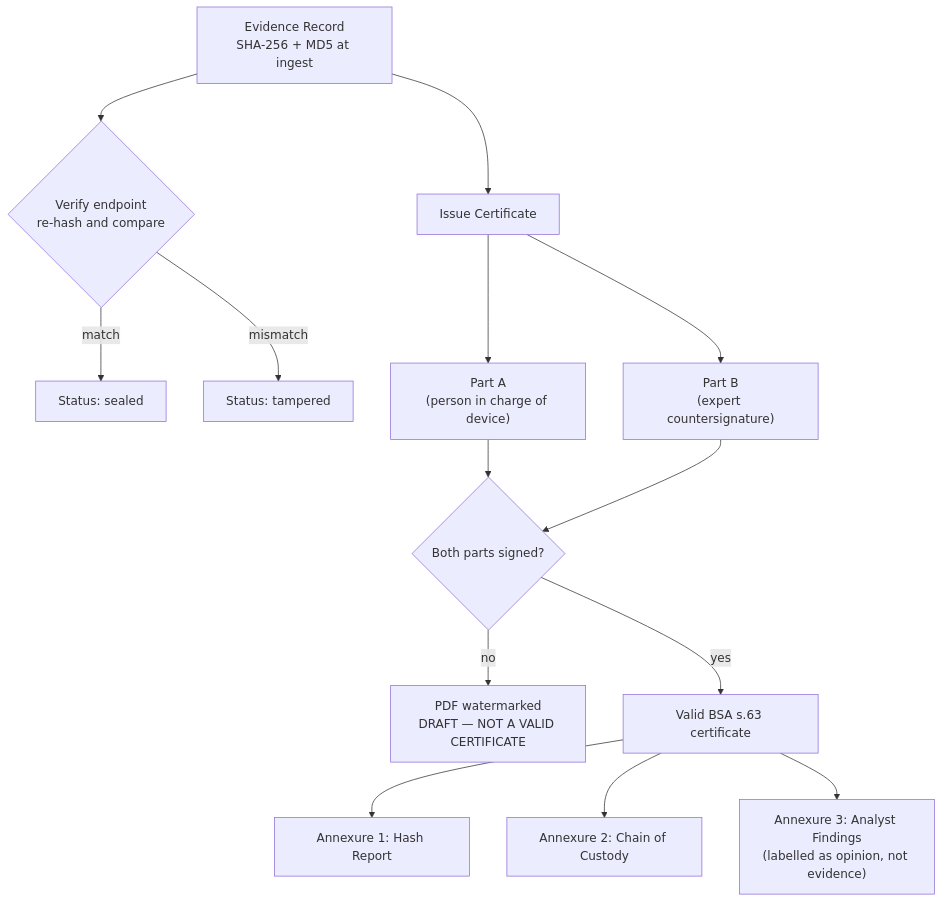
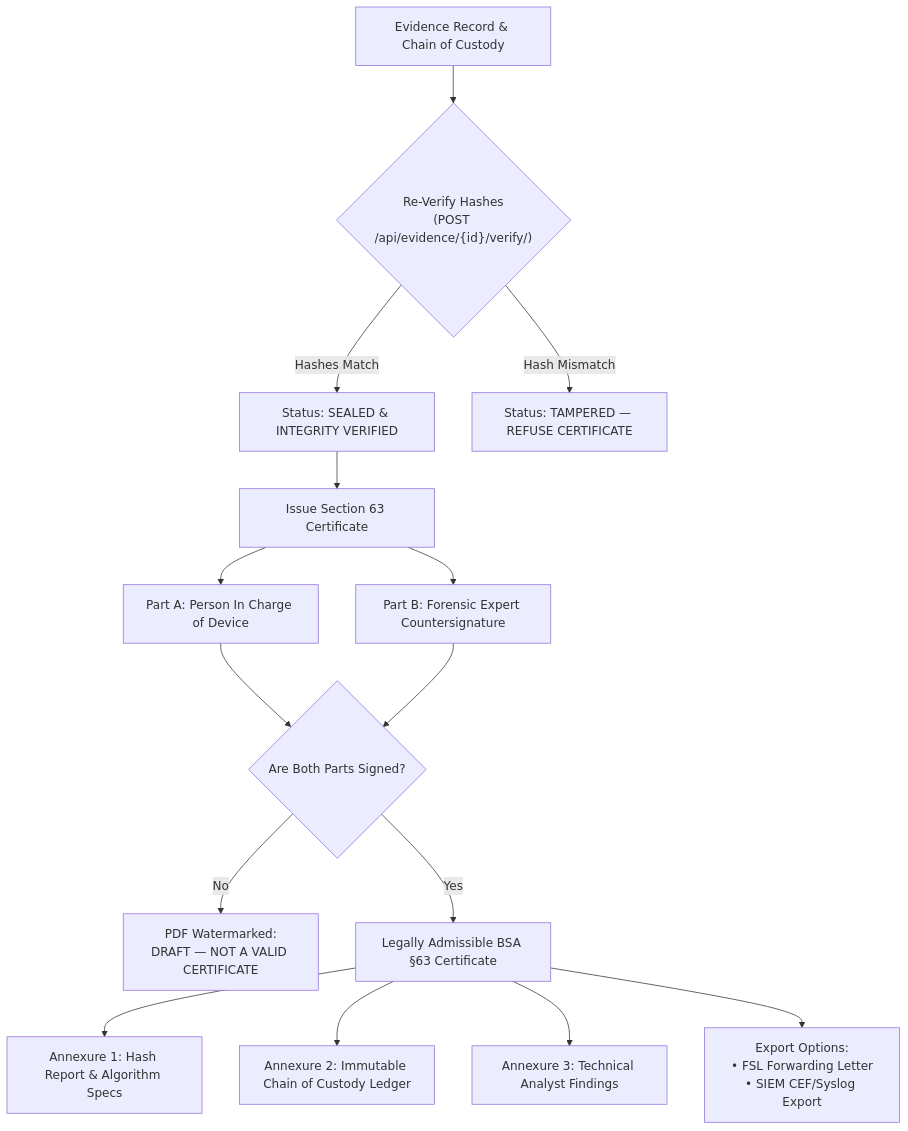
The fifth of 5 diagrams in README.md (MuhammedZuhayr/NetForensiq), drawn with Mermaid before and after one commit. The commit also changed other lines of this file and 10 other files, not shown here.

First line of the commit message:
docs: update README with enhanced mermaid diagrams, BSA §63 legal workflows, and current engine metrics

````diff
--- a/README.md
+++ b/README.md
@@ -401,19 +189,19 @@
 ```mermaid
 flowchart TD
-    A["Evidence Record<br/>SHA-256 + MD5 at ingest"] --> B{"Verify endpoint<br/>re-hash and compare"}
-    B -->|match| C["Status: sealed"]
-    B -->|mismatch| D["Status: tampered"]
+    A["Evidence Record & Chain of Custody"] --> B{"Re-Verify Hashes<br/>(POST /api/evidence/{id}/verify/)"}
+    B -->|Hashes Match| C["Status: SEALED & INTEGRITY VERIFIED"]
+    B -->|Hash Mismatch| D["Status: TAMPERED — REFUSE CERTIFICATE"]
 
-    A --> E["Issue Certificate"]
-    E --> F["Part A<br/>(person in charge of device)"]
-    E --> G["Part B<br/>(expert countersignature)"]
+    C --> E["Issue Section 63 Certificate"]
+    E --> F["Part A: Person In Charge of Device"]
+    E --> G["Part B: Forensic Expert Countersignature"]
 
-    F --> H{"Both parts signed?"}
-    G --> H
-    H -->|no| I["PDF watermarked<br/>DRAFT — NOT A VALID CERTIFICATE"]
-    H -->|yes| J["Valid BSA s.63 certificate"]
+    F & G --> H{"Are Both Parts Signed?"}
+    H -->|No| I["PDF Watermarked:<br/>DRAFT — NOT A VALID CERTIFICATE"]
+    H -->|Yes| J["Legally Admissible BSA §63 Certificate"]
 
-    J --> K["Annexure 1: Hash Report"]
-    J --> L["Annexure 2: Chain of Custody"]
-    J --> M["Annexure 3: Analyst Findings<br/>(labelled as opinion, not evidence)"]
+    J --> K["Annexure 1: Hash Report & Algorithm Specs"]
+    J --> L["Annexure 2: Immutable Chain of Custody Ledger"]
+    J --> M["Annexure 3: Technical Analyst Findings"]
+    J --> N["Export Options:<br/>• FSL Forwarding Letter<br/>• SIEM CEF/Syslog Export"]
 ```
````
